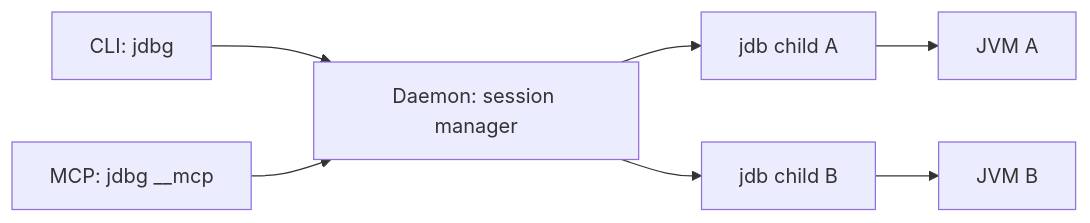
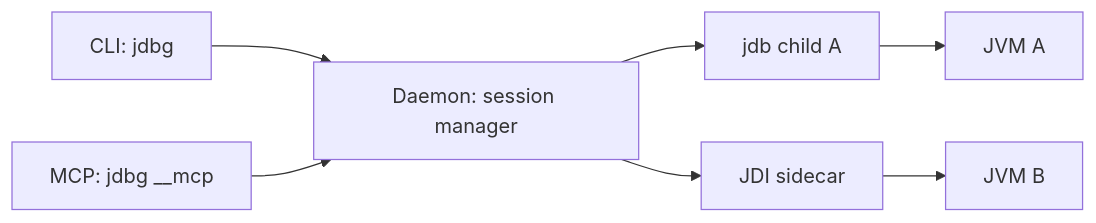
The diagram in README.md (PieceOfFall/jdbg), drawn with Mermaid before and after one commit. The commit also changed other lines of this file and 43 other files, not shown here.

Commit message:
feat: add jdi sidecar backend

````diff
--- a/README.md
+++ b/README.md
@@ -370,15 +380,15 @@
 ```mermaid
 flowchart LR
     CLI["CLI: jdbg <cmd>"]
     MCP["MCP: jdbg __mcp"]
     Daemon["Daemon: session manager"]
     JdbA["jdb child A"]
-    JdbB["jdb child B"]
+    Jdi["JDI sidecar"]
     JvmA["JVM A"]
     JvmB["JVM B"]
 
     CLI --> Daemon
     MCP --> Daemon
     Daemon --> JdbA --> JvmA
-    Daemon --> JdbB --> JvmB
+    Daemon --> Jdi --> JvmB
 ```
````
